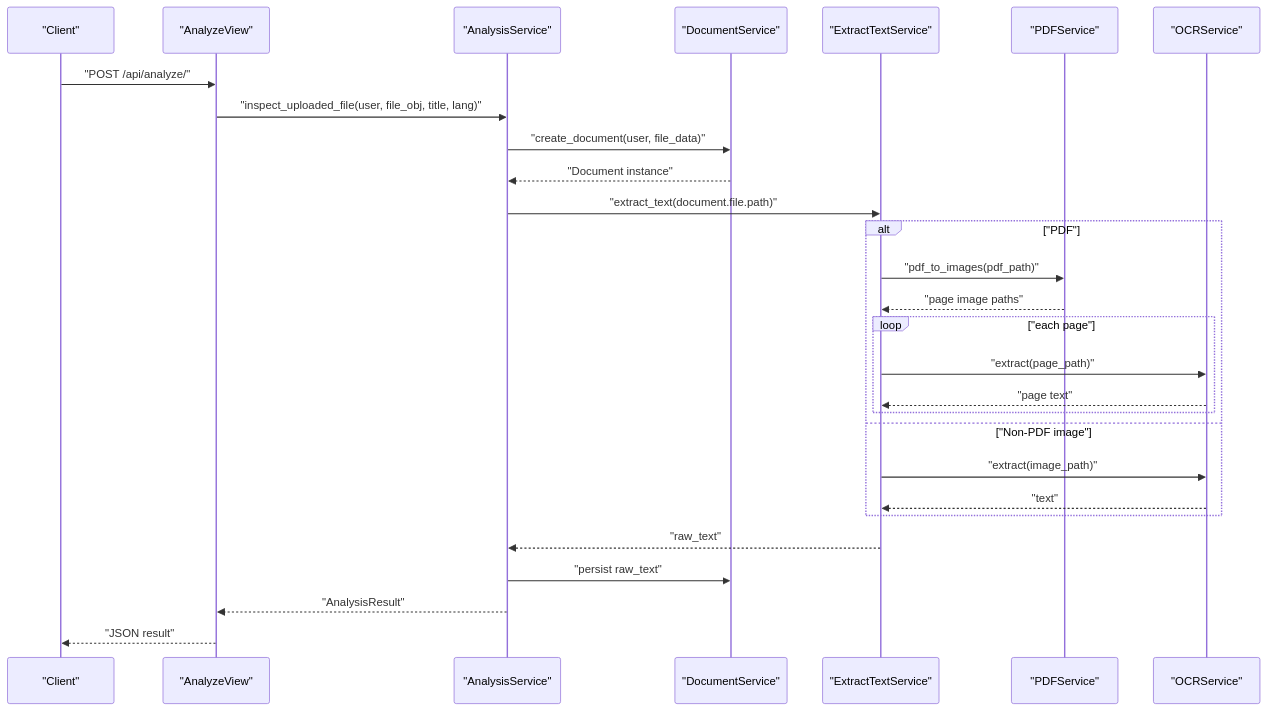
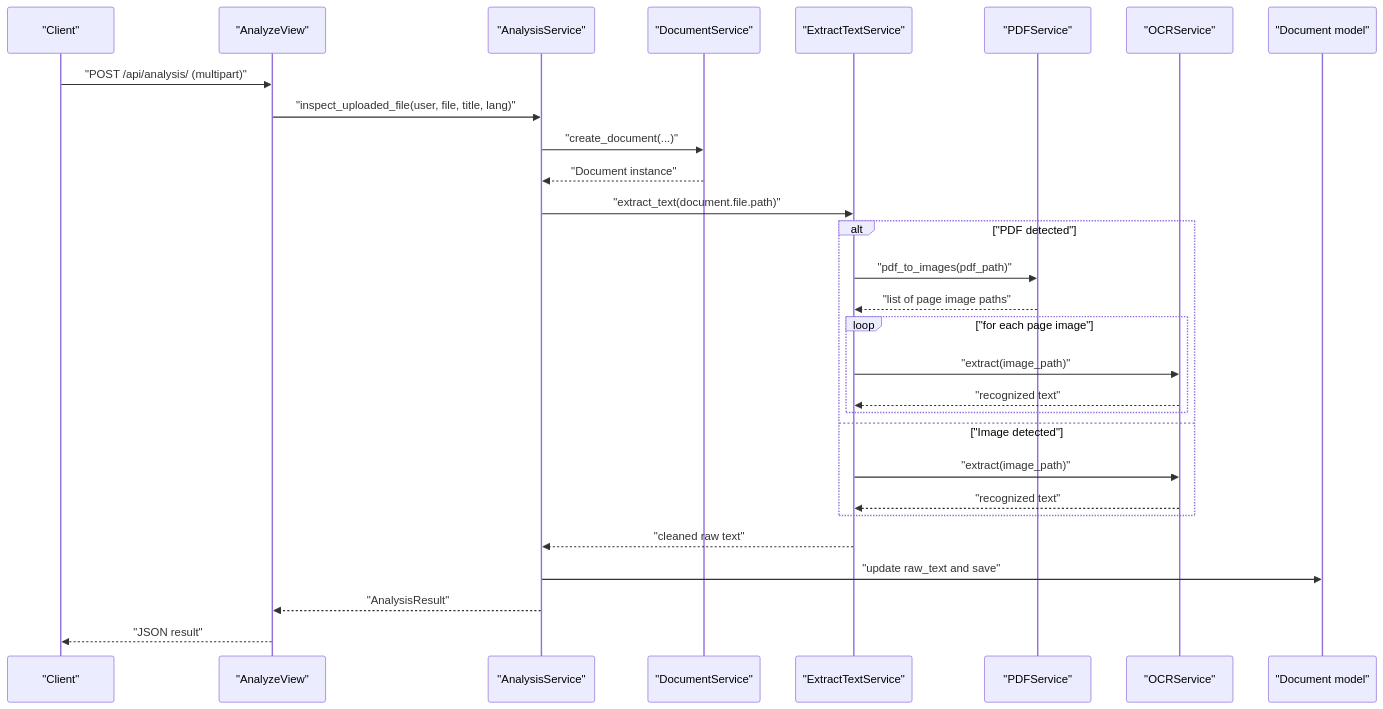
Before and after one commit to HamzaHindo/veritasshield: the second of 4 diagrams in backend/.qoder/repowiki/en/content/Text Extraction Engine/Multi-Format Text Extraction.md, drawn with Mermaid. The commit also changed other lines of this file and 49 other files, not shown here.

````diff
--- a/backend/.qoder/repowiki/en/content/Text Extraction Engine/Multi-Format Text Extraction.md
+++ b/backend/.qoder/repowiki/en/content/Text Extraction Engine/Multi-Format Text Extraction.md
@@ -253,30 +108,31 @@
 ```mermaid
 sequenceDiagram
 participant Client as "Client"
 participant View as "AnalyzeView"
 participant Service as "AnalysisService"
 participant DocSvc as "DocumentService"
 participant Ext as "ExtractTextService"
 participant PDF as "PDFService"
 participant OCR as "OCRService"
-Client->>View : "POST /api/analyze/"
-View->>Service : "inspect_uploaded_file(user, file_obj, title, lang)"
-Service->>DocSvc : "create_document(user, file_data)"
+participant DB as "Document model"
+Client->>View : "POST /api/analysis/ (multipart)"
+View->>Service : "inspect_uploaded_file(user, file, title, lang)"
+Service->>DocSvc : "create_document(...)"
 DocSvc-->>Service : "Document instance"
 Service->>Ext : "extract_text(document.file.path)"
-alt "PDF"
+alt "PDF detected"
 Ext->>PDF : "pdf_to_images(pdf_path)"
-PDF-->>Ext : "page image paths"
-loop "each page"
-Ext->>OCR : "extract(page_path)"
-OCR-->>Ext : "page text"
+PDF-->>Ext : "list of page image paths"
+loop "for each page image"
+Ext->>OCR : "extract(image_path)"
+OCR-->>Ext : "recognized text"
 end
-else "Non-PDF image"
+else "Image detected"
 Ext->>OCR : "extract(image_path)"
-OCR-->>Ext : "text"
+OCR-->>Ext : "recognized text"
 end
-Ext-->>Service : "raw_text"
-Service->>DocSvc : "persist raw_text"
+Ext-->>Service : "cleaned raw text"
+Service->>DB : "update raw_text and save"
 Service-->>View : "AnalysisResult"
 View-->>Client : "JSON result"
 ```
````
